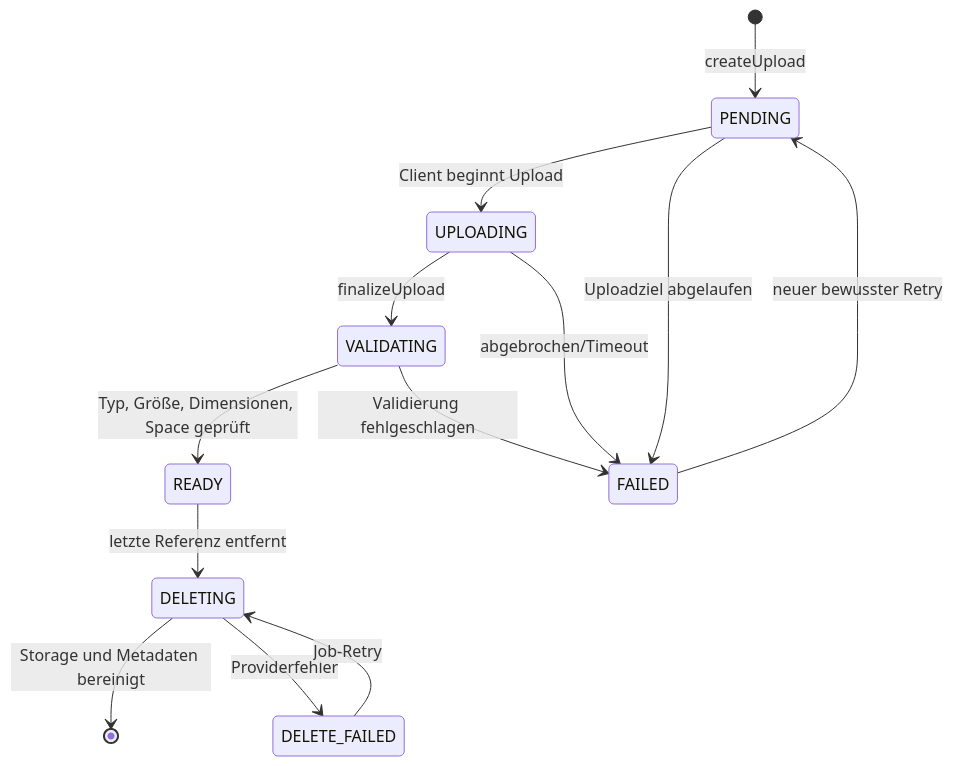
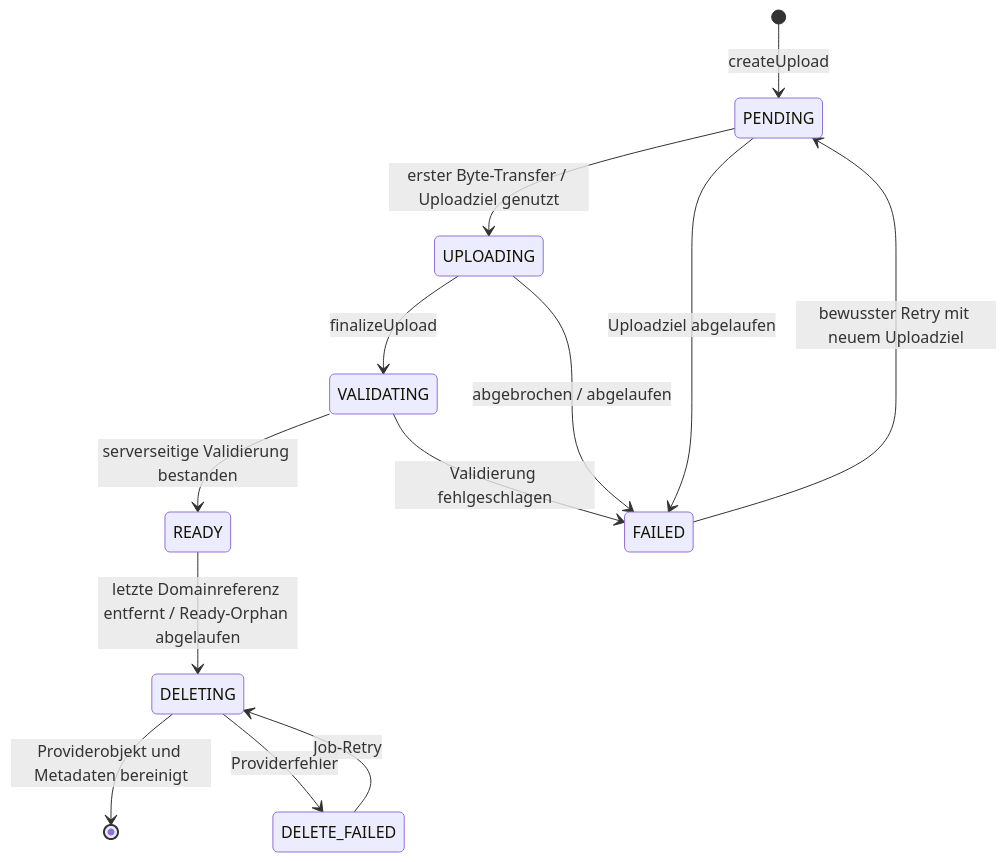
Before and after one commit to baerenmarke90/SideBySide-Next: the diagram in docs/m2/MEDIA-PIPELINE.md, drawn with Mermaid. The commit also changed other lines of this file, not shown here.

````diff
--- a/docs/m2/MEDIA-PIPELINE.md
+++ b/docs/m2/MEDIA-PIPELINE.md
@@ -10,15 +10,15 @@
 ```mermaid
 stateDiagram-v2
   [*] --> PENDING: createUpload
-  PENDING --> UPLOADING: Client beginnt Upload
+  PENDING --> UPLOADING: erster Byte-Transfer / Uploadziel genutzt
   UPLOADING --> VALIDATING: finalizeUpload
-  VALIDATING --> READY: Typ, Größe, Dimensionen, Space geprüft
+  VALIDATING --> READY: serverseitige Validierung bestanden
   VALIDATING --> FAILED: Validierung fehlgeschlagen
-  UPLOADING --> FAILED: abgebrochen/Timeout
   PENDING --> FAILED: Uploadziel abgelaufen
-  FAILED --> PENDING: neuer bewusster Retry
-  READY --> DELETING: letzte Referenz entfernt
-  DELETING --> [*]: Storage und Metadaten bereinigt
+  UPLOADING --> FAILED: abgebrochen / abgelaufen
+  FAILED --> PENDING: bewusster Retry mit neuem Uploadziel
+  READY --> DELETING: letzte Domainreferenz entfernt / Ready-Orphan abgelaufen
+  DELETING --> [*]: Providerobjekt und Metadaten bereinigt
   DELETING --> DELETE_FAILED: Providerfehler
   DELETE_FAILED --> DELETING: Job-Retry
 ```
````
